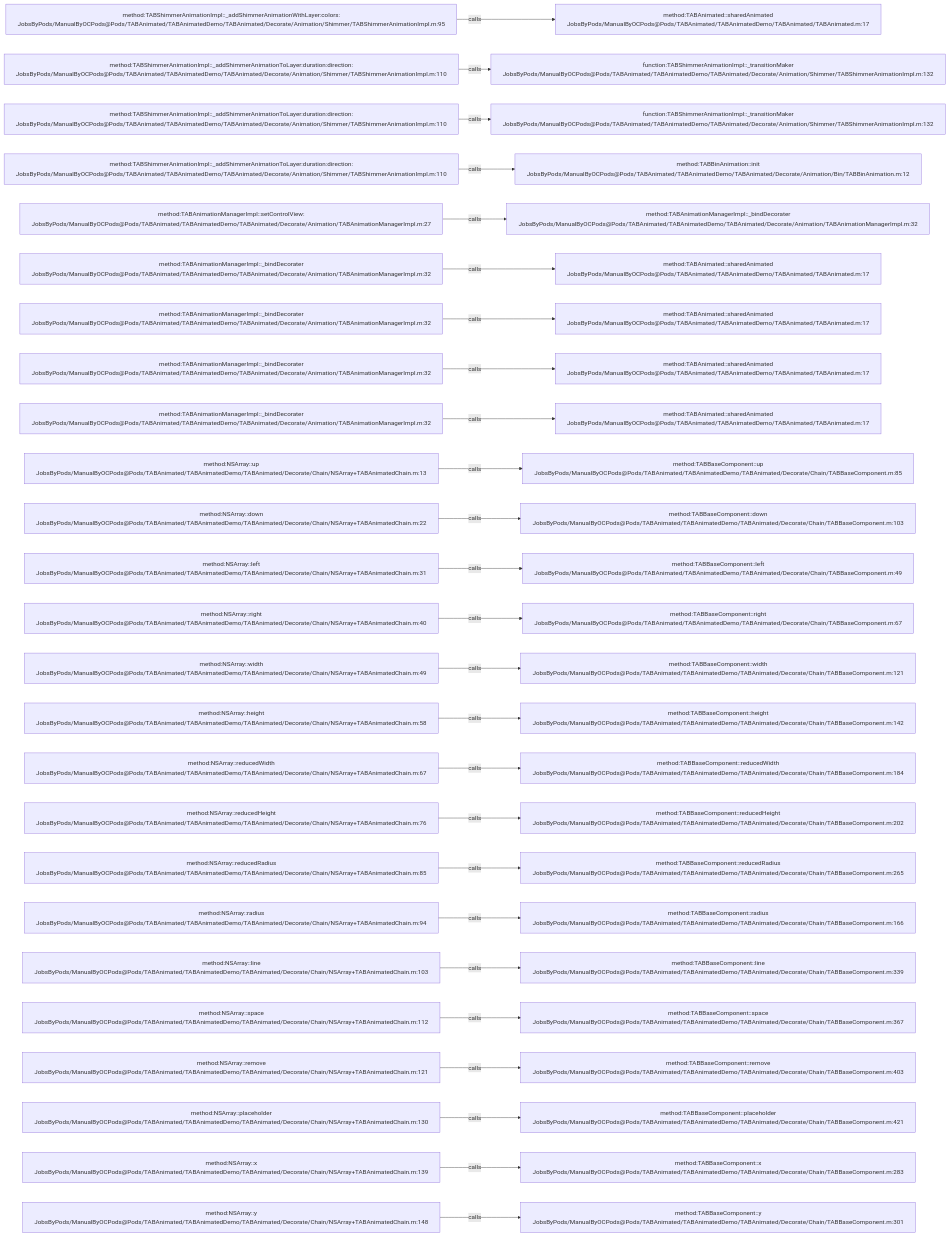
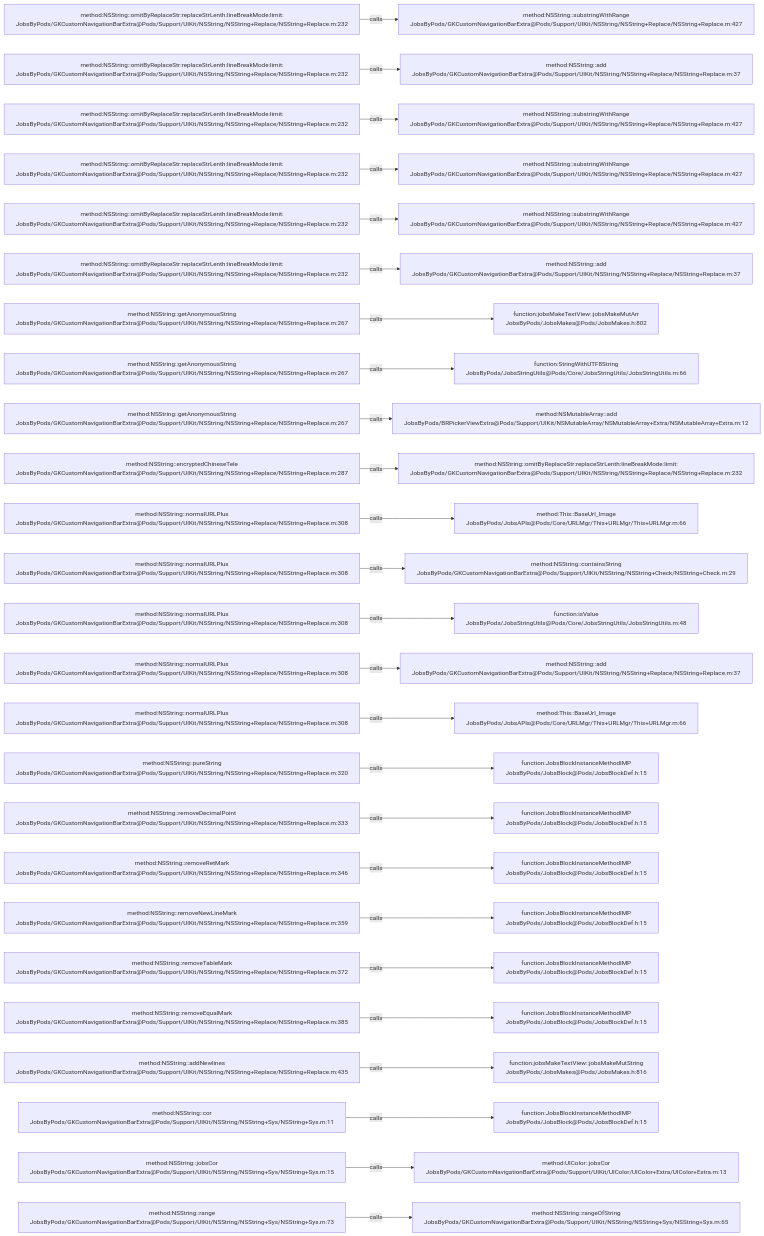
The diagram in .codegraph/codegraph.md/graphs/calls-019.md (JobsKits/JobsOCBaseConfigDemo), drawn with Mermaid before and after one commit. The commit also changed 768 other files, not shown here.

````diff
--- a/.codegraph/codegraph.md/graphs/calls-019.md
+++ b/.codegraph/codegraph.md/graphs/calls-019.md
@@ -13,78 +13,78 @@
 ```mermaid
 flowchart LR
-  S1["method:TABShimmerAnimationImpl::_addShimmerAnimationWithLayer:colors:<br/>JobsByPods/ManualByOCPods@Pods/TABAnimated/TABAnimatedDemo/TABAnimated/Decorate/Animation/Shimmer/TABShimmerAnimationImpl.m:95"]
-  T1["method:TABAnimated::sharedAnimated<br/>JobsByPods/ManualByOCPods@Pods/TABAnimated/TABAnimatedDemo/TABAnimated/TABAnimated.m:17"]
+  S1["method:NSString::omitByReplaceStr:replaceStrLenth:lineBreakMode:limit:<br/>JobsByPods/GKCustomNavigationBarExtra@Pods/Support/UIKit/NSString/NSString+Replace/NSString+Replace.m:232"]
+  T1["method:NSString::substringWithRange<br/>JobsByPods/GKCustomNavigationBarExtra@Pods/Support/UIKit/NSString/NSString+Replace/NSString+Replace.m:427"]
   S1 -->|calls| T1
-  S2["method:TABShimmerAnimationImpl::_addShimmerAnimationToLayer:duration:direction:<br/>JobsByPods/ManualByOCPods@Pods/TABAnimated/TABAnimatedDemo/TABAnimated/Decorate/Animation/Shimmer/TABShimmerAnimationImpl.m:110"]
-  T2["function:TABShimmerAnimationImpl::_transitionMaker<br/>JobsByPods/ManualByOCPods@Pods/TABAnimated/TABAnimatedDemo/TABAnimated/Decorate/Animation/Shimmer/TABShimmerAnimationImpl.m:132"]
+  S2["method:NSString::omitByReplaceStr:replaceStrLenth:lineBreakMode:limit:<br/>JobsByPods/GKCustomNavigationBarExtra@Pods/Support/UIKit/NSString/NSString+Replace/NSString+Replace.m:232"]
+  T2["method:NSString::add<br/>JobsByPods/GKCustomNavigationBarExtra@Pods/Support/UIKit/NSString/NSString+Replace/NSString+Replace.m:37"]
   S2 -->|calls| T2
-  S3["method:TABShimmerAnimationImpl::_addShimmerAnimationToLayer:duration:direction:<br/>JobsByPods/ManualByOCPods@Pods/TABAnimated/TABAnimatedDemo/TABAnimated/Decorate/Animation/Shimmer/TABShimmerAnimationImpl.m:110"]
-  T3["function:TABShimmerAnimationImpl::_transitionMaker<br/>JobsByPods/ManualByOCPods@Pods/TABAnimated/TABAnimatedDemo/TABAnimated/Decorate/Animation/Shimmer/TABShimmerAnimationImpl.m:132"]
+  S3["method:NSString::omitByReplaceStr:replaceStrLenth:lineBreakMode:limit:<br/>JobsByPods/GKCustomNavigationBarExtra@Pods/Support/UIKit/NSString/NSString+Replace/NSString+Replace.m:232"]
+  T3["method:NSString::substringWithRange<br/>JobsByPods/GKCustomNavigationBarExtra@Pods/Support/UIKit/NSString/NSString+Replace/NSString+Replace.m:427"]
   S3 -->|calls| T3
-  S4["method:TABShimmerAnimationImpl::_addShimmerAnimationToLayer:duration:direction:<br/>JobsByPods/ManualByOCPods@Pods/TABAnimated/TABAnimatedDemo/TABAnimated/Decorate/Animation/Shimmer/TABShimmerAnimationImpl.m:110"]
-  T4["method:TABBinAnimation::init<br/>JobsByPods/ManualByOCPods@Pods/TABAnimated/TABAnimatedDemo/TABAnimated/Decorate/Animation/Bin/TABBinAnimation.m:12"]
+  S4["method:NSString::omitByReplaceStr:replaceStrLenth:lineBreakMode:limit:<br/>JobsByPods/GKCustomNavigationBarExtra@Pods/Support/UIKit/NSString/NSString+Replace/NSString+Replace.m:232"]
+  T4["method:NSString::substringWithRange<br/>JobsByPods/GKCustomNavigationBarExtra@Pods/Support/UIKit/NSString/NSString+Replace/NSString+Replace.m:427"]
   S4 -->|calls| T4
-  S5["method:TABAnimationManagerImpl::setControlView:<br/>JobsByPods/ManualByOCPods@Pods/TABAnimated/TABAnimatedDemo/TABAnimated/Decorate/Animation/TABAnimationManagerImpl.m:27"]
-  T5["method:TABAnimationManagerImpl::_bindDecorater<br/>JobsByPods/ManualByOCPods@Pods/TABAnimated/TABAnimatedDemo/TABAnimated/Decorate/Animation/TABAnimationManagerImpl.m:32"]
+  S5["method:NSString::omitByReplaceStr:replaceStrLenth:lineBreakMode:limit:<br/>JobsByPods/GKCustomNavigationBarExtra@Pods/Support/UIKit/NSString/NSString+Replace/NSString+Replace.m:232"]
+  T5["method:NSString::substringWithRange<br/>JobsByPods/GKCustomNavigationBarExtra@Pods/Support/UIKit/NSString/NSString+Replace/NSString+Replace.m:427"]
   S5 -->|calls| T5
-  S6["method:TABAnimationManagerImpl::_bindDecorater<br/>JobsByPods/ManualByOCPods@Pods/TABAnimated/TABAnimatedDemo/TABAnimated/Decorate/Animation/TABAnimationManagerImpl.m:32"]
-  T6["method:TABAnimated::sharedAnimated<br/>JobsByPods/ManualByOCPods@Pods/TABAnimated/TABAnimatedDemo/TABAnimated/TABAnimated.m:17"]
+  S6["method:NSString::omitByReplaceStr:replaceStrLenth:lineBreakMode:limit:<br/>JobsByPods/GKCustomNavigationBarExtra@Pods/Support/UIKit/NSString/NSString+Replace/NSString+Replace.m:232"]
+  T6["method:NSString::add<br/>JobsByPods/GKCustomNavigationBarExtra@Pods/Support/UIKit/NSString/NSString+Replace/NSString+Replace.m:37"]
   S6 -->|calls| T6
-  S7["method:TABAnimationManagerImpl::_bindDecorater<br/>JobsByPods/ManualByOCPods@Pods/TABAnimated/TABAnimatedDemo/TABAnimated/Decorate/Animation/TABAnimationManagerImpl.m:32"]
-  T7["method:TABAnimated::sharedAnimated<br/>JobsByPods/ManualByOCPods@Pods/TABAnimated/TABAnimatedDemo/TABAnimated/TABAnimated.m:17"]
+  S7["method:NSString::getAnonymousString<br/>JobsByPods/GKCustomNavigationBarExtra@Pods/Support/UIKit/NSString/NSString+Replace/NSString+Replace.m:267"]
+  T7["function:jobsMakeTextView::jobsMakeMutArr<br/>JobsByPods/JobsMakes@Pods/JobsMakes.h:802"]
   S7 -->|calls| T7
-  S8["method:TABAnimationManagerImpl::_bindDecorater<br/>JobsByPods/ManualByOCPods@Pods/TABAnimated/TABAnimatedDemo/TABAnimated/Decorate/Animation/TABAnimationManagerImpl.m:32"]
-  T8["method:TABAnimated::sharedAnimated<br/>JobsByPods/ManualByOCPods@Pods/TABAnimated/TABAnimatedDemo/TABAnimated/TABAnimated.m:17"]
+  S8["method:NSString::getAnonymousString<br/>JobsByPods/GKCustomNavigationBarExtra@Pods/Support/UIKit/NSString/NSString+Replace/NSString+Replace.m:267"]
+  T8["function:StringWithUTF8String<br/>JobsByPods/JobsStringUtils@Pods/Core/JobsStringUtils/JobsStringUtils.m:66"]
   S8 -->|calls| T8
-  S9["method:TABAnimationManagerImpl::_bindDecorater<br/>JobsByPods/ManualByOCPods@Pods/TABAnimated/TABAnimatedDemo/TABAnimated/Decorate/Animation/TABAnimationManagerImpl.m:32"]
-  T9["method:TABAnimated::sharedAnimated<br/>JobsByPods/ManualByOCPods@Pods/TABAnimated/TABAnimatedDemo/TABAnimated/TABAnimated.m:17"]
+  S9["method:NSString::getAnonymousString<br/>JobsByPods/GKCustomNavigationBarExtra@Pods/Support/UIKit/NSString/NSString+Replace/NSString+Replace.m:267"]
+  T9["method:NSMutableArray::add<br/>JobsByPods/BRPickerViewExtra@Pods/Support/UIKit/NSMutableArray/NSMutableArray+Extra/NSMutableArray+Extra.m:12"]
   S9 -->|calls| T9
-  S10["method:NSArray::up<br/>JobsByPods/ManualByOCPods@Pods/TABAnimated/TABAnimatedDemo/TABAnimated/Decorate/Chain/NSArray+TABAnimatedChain.m:13"]
-  T10["method:TABBaseComponent::up<br/>JobsByPods/ManualByOCPods@Pods/TABAnimated/TABAnimatedDemo/TABAnimated/Decorate/Chain/TABBaseComponent.m:85"]
+  S10["method:NSString::encryptedChineseTele<br/>JobsByPods/GKCustomNavigationBarExtra@Pods/Support/UIKit/NSString/NSString+Replace/NSString+Replace.m:287"]
+  T10["method:NSString::omitByReplaceStr:replaceStrLenth:lineBreakMode:limit:<br/>JobsByPods/GKCustomNavigationBarExtra@Pods/Support/UIKit/NSString/NSString+Replace/NSString+Replace.m:232"]
   S10 -->|calls| T10
-  S11["method:NSArray::down<br/>JobsByPods/ManualByOCPods@Pods/TABAnimated/TABAnimatedDemo/TABAnimated/Decorate/Chain/NSArray+TABAnimatedChain.m:22"]
-  T11["method:TABBaseComponent::down<br/>JobsByPods/ManualByOCPods@Pods/TABAnimated/TABAnimatedDemo/TABAnimated/Decorate/Chain/TABBaseComponent.m:103"]
+  S11["method:NSString::normalURLPlus<br/>JobsByPods/GKCustomNavigationBarExtra@Pods/Support/UIKit/NSString/NSString+Replace/NSString+Replace.m:308"]
+  T11["method:This::BaseUrl_Image<br/>JobsByPods/JobsAPIs@Pods/Core/URLMgr/This+URLMgr/This+URLMgr.m:66"]
   S11 -->|calls| T11
-  S12["method:NSArray::left<br/>JobsByPods/ManualByOCPods@Pods/TABAnimated/TABAnimatedDemo/TABAnimated/Decorate/Chain/NSArray+TABAnimatedChain.m:31"]
-  T12["method:TABBaseComponent::left<br/>JobsByPods/ManualByOCPods@Pods/TABAnimated/TABAnimatedDemo/TABAnimated/Decorate/Chain/TABBaseComponent.m:49"]
+  S12["method:NSString::normalURLPlus<br/>JobsByPods/GKCustomNavigationBarExtra@Pods/Support/UIKit/NSString/NSString+Replace/NSString+Replace.m:308"]
+  T12["method:NSString::containsString<br/>JobsByPods/GKCustomNavigationBarExtra@Pods/Support/UIKit/NSString/NSString+Check/NSString+Check.m:29"]
   S12 -->|calls| T12
-  S13["method:NSArray::right<br/>JobsByPods/ManualByOCPods@Pods/TABAnimated/TABAnimatedDemo/TABAnimated/Decorate/Chain/NSArray+TABAnimatedChain.m:40"]
-  T13["method:TABBaseComponent::right<br/>JobsByPods/ManualByOCPods@Pods/TABAnimated/TABAnimatedDemo/TABAnimated/Decorate/Chain/TABBaseComponent.m:67"]
+  S13["method:NSString::normalURLPlus<br/>JobsByPods/GKCustomNavigationBarExtra@Pods/Support/UIKit/NSString/NSString+Replace/NSString+Replace.m:308"]
+  T13["function:isValue<br/>JobsByPods/JobsStringUtils@Pods/Core/JobsStringUtils/JobsStringUtils.m:48"]
   S13 -->|calls| T13
-  S14["method:NSArray::width<br/>JobsByPods/ManualByOCPods@Pods/TABAnimated/TABAnimatedDemo/TABAnimated/Decorate/Chain/NSArray+TABAnimatedChain.m:49"]
-  T14["method:TABBaseComponent::width<br/>JobsByPods/ManualByOCPods@Pods/TABAnimated/TABAnimatedDemo/TABAnimated/Decorate/Chain/TABBaseComponent.m:121"]
+  S14["method:NSString::normalURLPlus<br/>JobsByPods/GKCustomNavigationBarExtra@Pods/Support/UIKit/NSString/NSString+Replace/NSString+Replace.m:308"]
+  T14["method:NSString::add<br/>JobsByPods/GKCustomNavigationBarExtra@Pods/Support/UIKit/NSString/NSString+Replace/NSString+Replace.m:37"]
   S14 -->|calls| T14
-  S15["method:NSArray::height<br/>JobsByPods/ManualByOCPods@Pods/TABAnimated/TABAnimatedDemo/TABAnimated/Decorate/Chain/NSArray+TABAnimatedChain.m:58"]
-  T15["method:TABBaseComponent::height<br/>JobsByPods/ManualByOCPods@Pods/TABAnimated/TABAnimatedDemo/TABAnimated/Decorate/Chain/TABBaseComponent.m:142"]
+  S15["method:NSString::normalURLPlus<br/>JobsByPods/GKCustomNavigationBarExtra@Pods/Support/UIKit/NSString/NSString+Replace/NSString+Replace.m:308"]
+  T15["method:This::BaseUrl_Image<br/>JobsByPods/JobsAPIs@Pods/Core/URLMgr/This+URLMgr/This+URLMgr.m:66"]
   S15 -->|calls| T15
-  S16["method:NSArray::reducedWidth<br/>JobsByPods/ManualByOCPods@Pods/TABAnimated/TABAnimatedDemo/TABAnimated/Decorate/Chain/NSArray+TABAnimatedChain.m:67"]
-  T16["method:TABBaseComponent::reducedWidth<br/>JobsByPods/ManualByOCPods@Pods/TABAnimated/TABAnimatedDemo/TABAnimated/Decorate/Chain/TABBaseComponent.m:184"]
+  S16["method:NSString::pureString<br/>JobsByPods/GKCustomNavigationBarExtra@Pods/Support/UIKit/NSString/NSString+Replace/NSString+Replace.m:320"]
+  T16["function:JobsBlockInstanceMethodIMP<br/>JobsByPods/JobsBlock@Pods/JobsBlockDef.h:15"]
   S16 -->|calls| T16
-  S17["method:NSArray::reducedHeight<br/>JobsByPods/ManualByOCPods@Pods/TABAnimated/TABAnimatedDemo/TABAnimated/Decorate/Chain/NSArray+TABAnimatedChain.m:76"]
-  T17["method:TABBaseComponent::reducedHeight<br/>JobsByPods/ManualByOCPods@Pods/TABAnimated/TABAnimatedDemo/TABAnimated/Decorate/Chain/TABBaseComponent.m:202"]
+  S17["method:NSString::removeDecimalPoint<br/>JobsByPods/GKCustomNavigationBarExtra@Pods/Support/UIKit/NSString/NSString+Replace/NSString+Replace.m:333"]
+  T17["function:JobsBlockInstanceMethodIMP<br/>JobsByPods/JobsBlock@Pods/JobsBlockDef.h:15"]
   S17 -->|calls| T17
-  S18["method:NSArray::reducedRadius<br/>JobsByPods/ManualByOCPods@Pods/TABAnimated/TABAnimatedDemo/TABAnimated/Decorate/Chain/NSArray+TABAnimatedChain.m:85"]
-  T18["method:TABBaseComponent::reducedRadius<br/>JobsByPods/ManualByOCPods@Pods/TABAnimated/TABAnimatedDemo/TABAnimated/Decorate/Chain/TABBaseComponent.m:265"]
+  S18["method:NSString::removeRetMark<br/>JobsByPods/GKCustomNavigationBarExtra@Pods/Support/UIKit/NSString/NSString+Replace/NSString+Replace.m:346"]
+  T18["function:JobsBlockInstanceMethodIMP<br/>JobsByPods/JobsBlock@Pods/JobsBlockDef.h:15"]
   S18 -->|calls| T18
-  S19["method:NSArray::radius<br/>JobsByPods/ManualByOCPods@Pods/TABAnimated/TABAnimatedDemo/TABAnimated/Decorate/Chain/NSArray+TABAnimatedChain.m:94"]
-  T19["method:TABBaseComponent::radius<br/>JobsByPods/ManualByOCPods@Pods/TABAnimated/TABAnimatedDemo/TABAnimated/Decorate/Chain/TABBaseComponent.m:166"]
+  S19["method:NSString::removeNewLineMark<br/>JobsByPods/GKCustomNavigationBarExtra@Pods/Support/UIKit/NSString/NSString+Replace/NSString+Replace.m:359"]
+  T19["function:JobsBlockInstanceMethodIMP<br/>JobsByPods/JobsBlock@Pods/JobsBlockDef.h:15"]
   S19 -->|calls| T19
-  S20["method:NSArray::line<br/>JobsByPods/ManualByOCPods@Pods/TABAnimated/TABAnimatedDemo/TABAnimated/Decorate/Chain/NSArray+TABAnimatedChain.m:103"]
-  T20["method:TABBaseComponent::line<br/>JobsByPods/ManualByOCPods@Pods/TABAnimated/TABAnimatedDemo/TABAnimated/Decorate/Chain/TABBaseComponent.m:339"]
+  S20["method:NSString::removeTableMark<br/>JobsByPods/GKCustomNavigationBarExtra@Pods/Support/UIKit/NSString/NSString+Replace/NSString+Replace.m:372"]
+  T20["function:JobsBlockInstanceMethodIMP<br/>JobsByPods/JobsBlock@Pods/JobsBlockDef.h:15"]
   S20 -->|calls| T20
-  S21["method:NSArray::space<br/>JobsByPods/ManualByOCPods@Pods/TABAnimated/TABAnimatedDemo/TABAnimated/Decorate/Chain/NSArray+TABAnimatedChain.m:112"]
-  T21["method:TABBaseComponent::space<br/>JobsByPods/ManualByOCPods@Pods/TABAnimated/TABAnimatedDemo/TABAnimated/Decorate/Chain/TABBaseComponent.m:367"]
+  S21["method:NSString::removeEqualMark<br/>JobsByPods/GKCustomNavigationBarExtra@Pods/Support/UIKit/NSString/NSString+Replace/NSString+Replace.m:385"]
+  T21["function:JobsBlockInstanceMethodIMP<br/>JobsByPods/JobsBlock@Pods/JobsBlockDef.h:15"]
   S21 -->|calls| T21
-  S22["method:NSArray::remove<br/>JobsByPods/ManualByOCPods@Pods/TABAnimated/TABAnimatedDemo/TABAnimated/Decorate/Chain/NSArray+TABAnimatedChain.m:121"]
-  T22["method:TABBaseComponent::remove<br/>JobsByPods/ManualByOCPods@Pods/TABAnimated/TABAnimatedDemo/TABAnimated/Decorate/Chain/TABBaseComponent.m:403"]
+  S22["method:NSString::addNewlines<br/>JobsByPods/GKCustomNavigationBarExtra@Pods/Support/UIKit/NSString/NSString+Replace/NSString+Replace.m:435"]
+  T22["function:jobsMakeTextView::jobsMakeMutString<br/>JobsByPods/JobsMakes@Pods/JobsMakes.h:816"]
   S22 -->|calls| T22
-  S23["method:NSArray::placeholder<br/>JobsByPods/ManualByOCPods@Pods/TABAnimated/TABAnimatedDemo/TABAnimated/Decorate/Chain/NSArray+TABAnimatedChain.m:130"]
-  T23["method:TABBaseComponent::placeholder<br/>JobsByPods/ManualByOCPods@Pods/TABAnimated/TABAnimatedDemo/TABAnimated/Decorate/Chain/TABBaseComponent.m:421"]
+  S23["method:NSString::cor<br/>JobsByPods/GKCustomNavigationBarExtra@Pods/Support/UIKit/NSString/NSString+Sys/NSString+Sys.m:11"]
+  T23["function:JobsBlockInstanceMethodIMP<br/>JobsByPods/JobsBlock@Pods/JobsBlockDef.h:15"]
   S23 -->|calls| T23
-  S24["method:NSArray::x<br/>JobsByPods/ManualByOCPods@Pods/TABAnimated/TABAnimatedDemo/TABAnimated/Decorate/Chain/NSArray+TABAnimatedChain.m:139"]
-  T24["method:TABBaseComponent::x<br/>JobsByPods/ManualByOCPods@Pods/TABAnimated/TABAnimatedDemo/TABAnimated/Decorate/Chain/TABBaseComponent.m:283"]
+  S24["method:NSString::jobsCor<br/>JobsByPods/GKCustomNavigationBarExtra@Pods/Support/UIKit/NSString/NSString+Sys/NSString+Sys.m:15"]
+  T24["method:UIColor::jobsCor<br/>JobsByPods/GKCustomNavigationBarExtra@Pods/Support/UIKit/UIColor/UIColor+Extra/UIColor+Extra.m:13"]
   S24 -->|calls| T24
-  S25["method:NSArray::y<br/>JobsByPods/ManualByOCPods@Pods/TABAnimated/TABAnimatedDemo/TABAnimated/Decorate/Chain/NSArray+TABAnimatedChain.m:148"]
-  T25["method:TABBaseComponent::y<br/>JobsByPods/ManualByOCPods@Pods/TABAnimated/TABAnimatedDemo/TABAnimated/Decorate/Chain/TABBaseComponent.m:301"]
+  S25["method:NSString::range<br/>JobsByPods/GKCustomNavigationBarExtra@Pods/Support/UIKit/NSString/NSString+Sys/NSString+Sys.m:73"]
+  T25["method:NSString::rangeOfString<br/>JobsByPods/GKCustomNavigationBarExtra@Pods/Support/UIKit/NSString/NSString+Sys/NSString+Sys.m:65"]
   S25 -->|calls| T25
 ```
````
